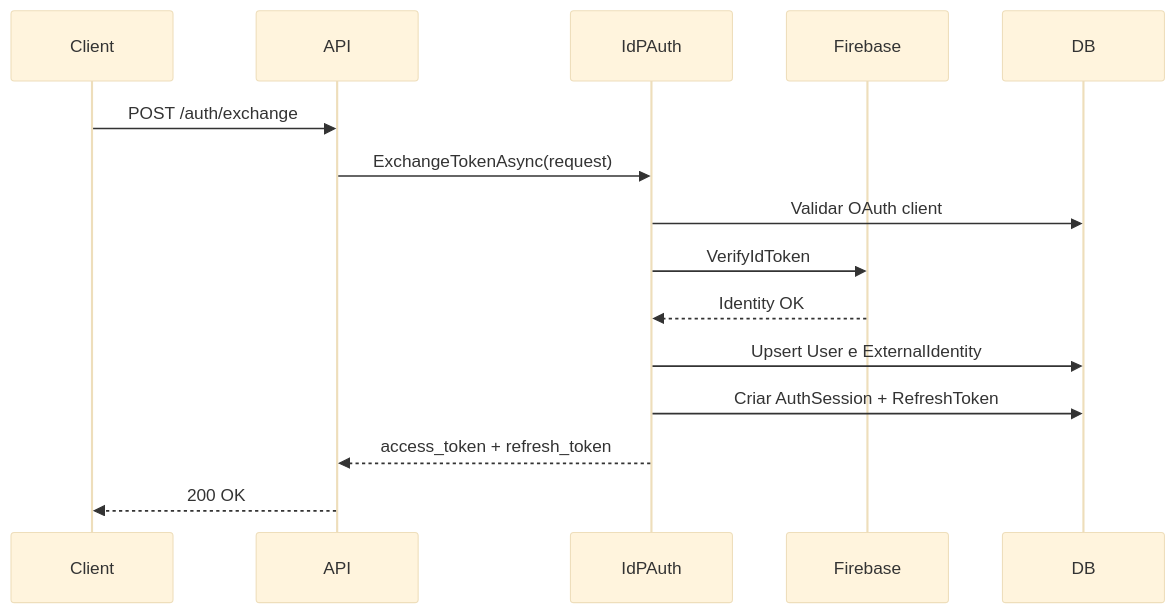
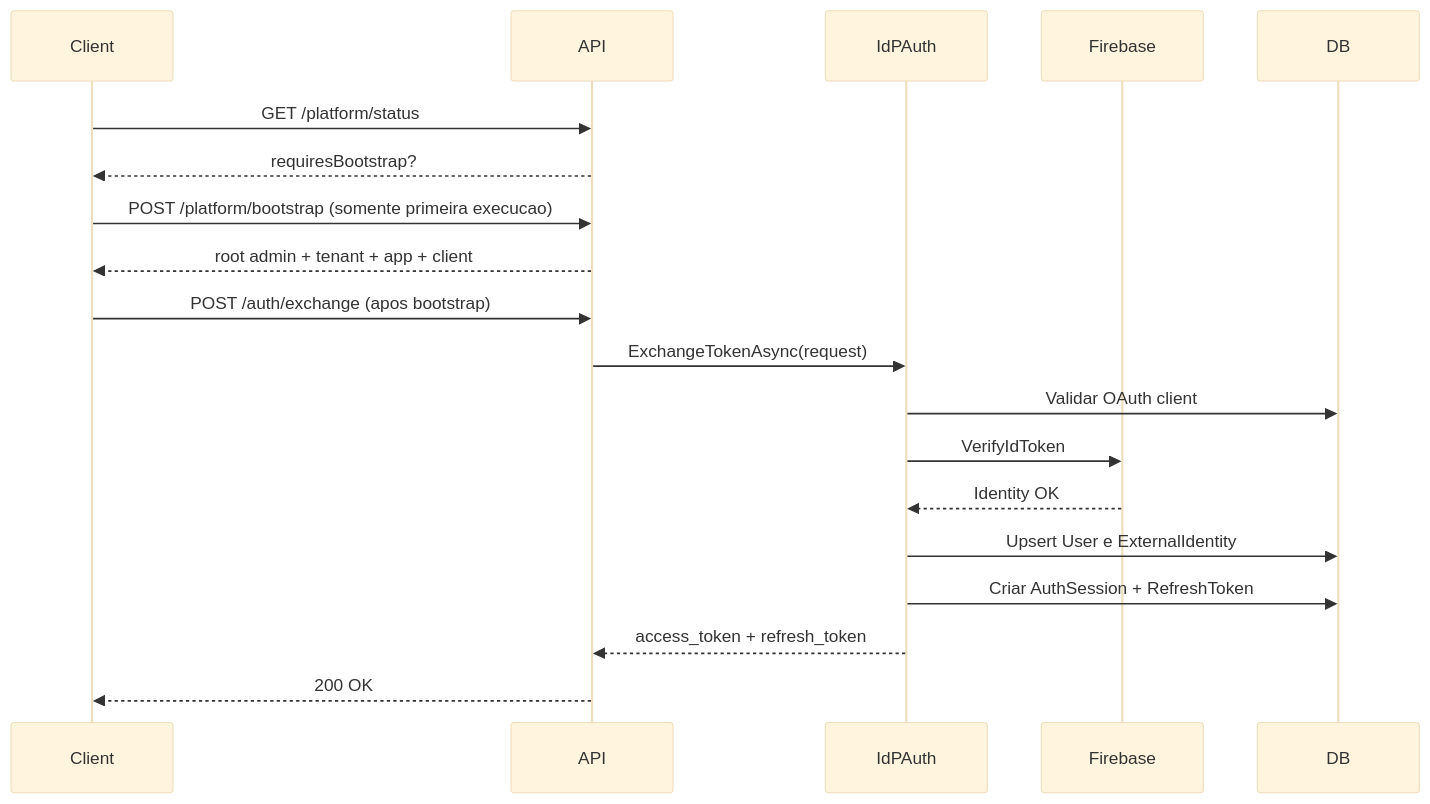
One commit to mrffilipe/idpproject changed the third of 5 diagrams in backend/PRODUCT_DOCUMENTATION.md. Above: the diagram before and after it, drawn with Mermaid (base theme). The commit also changed other lines of this file and 227 other files, not shown here.

````diff
--- a/backend/PRODUCT_DOCUMENTATION.md
+++ b/backend/PRODUCT_DOCUMENTATION.md
@@ -291,18 +302,22 @@
 ```mermaid
 sequenceDiagram
     participant Client
     participant API
     participant IdPAuth
     participant Firebase
     participant DB
 
-    Client->>API: POST /auth/exchange
+    Client->>API: GET /platform/status
+    API-->>Client: requiresBootstrap?
+    Client->>API: POST /platform/bootstrap (somente primeira execucao)
+    API-->>Client: root admin + tenant + app + client
+    Client->>API: POST /auth/exchange (apos bootstrap)
     API->>IdPAuth: ExchangeTokenAsync(request)
     IdPAuth->>DB: Validar OAuth client
     IdPAuth->>Firebase: VerifyIdToken
     Firebase-->>IdPAuth: Identity OK
     IdPAuth->>DB: Upsert User e ExternalIdentity
     IdPAuth->>DB: Criar AuthSession + RefreshToken
     IdPAuth-->>API: access_token + refresh_token
     API-->>Client: 200 OK
 ```
````
